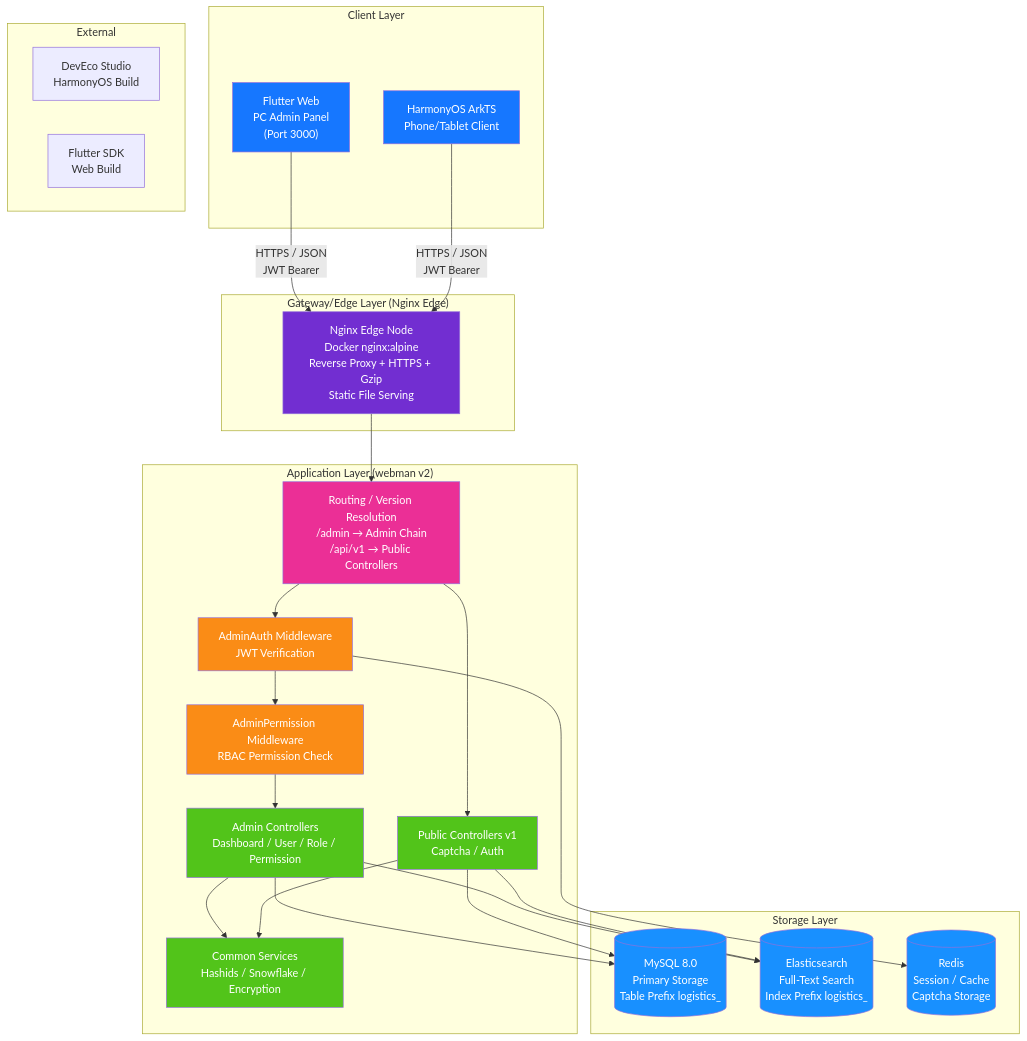
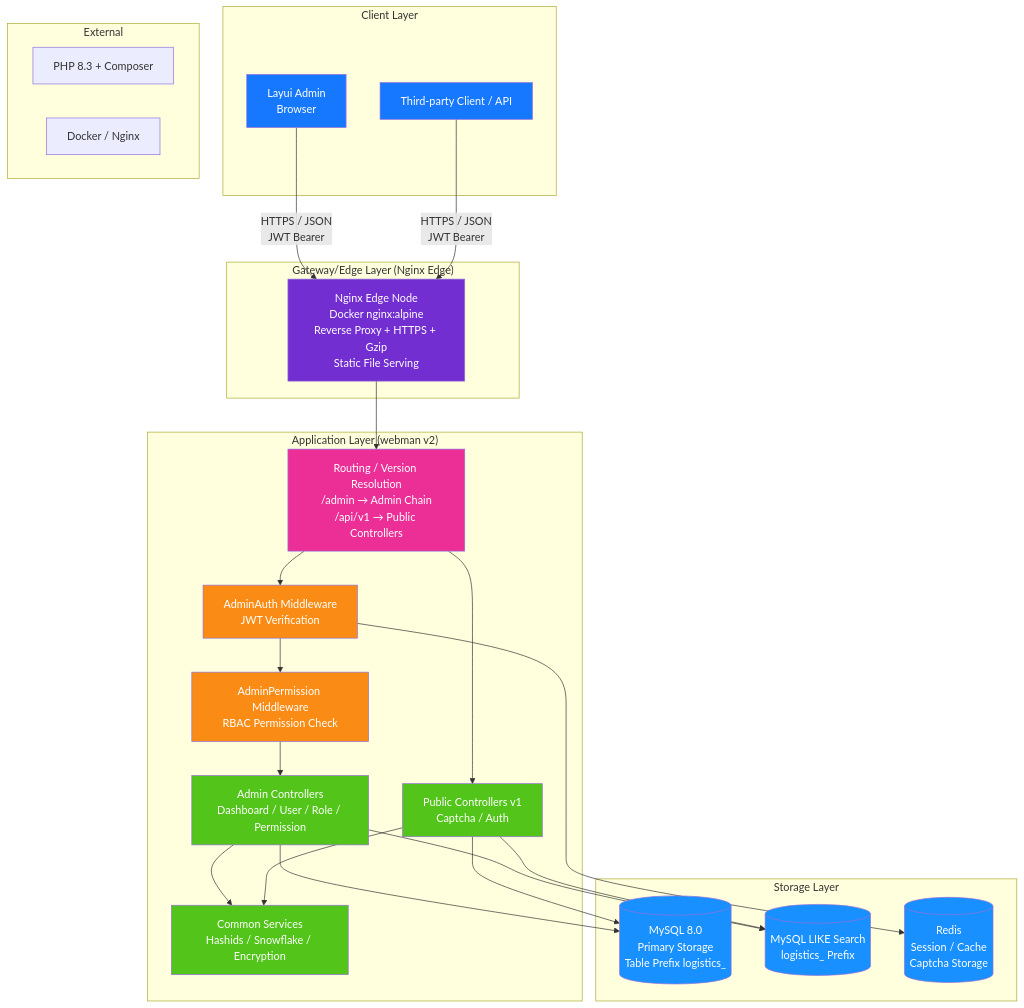
Before and after one commit to erikwang2013/integrated-global-logistics: the first of 12 diagrams in admin/docs/ARCHITECTURE.en.md, drawn with Mermaid. The commit also changed other lines of this file and 361 other files, not shown here.

Commit message:
文档：仅保留中英文 README，清理已移除功能与过时图片

````diff
--- a/admin/docs/ARCHITECTURE.en.md
+++ b/admin/docs/ARCHITECTURE.en.md
@@ -13,59 +13,59 @@
 ```mermaid
 flowchart TB
     subgraph "Client Layer"
-        A1["Flutter Web<br/>PC Admin Panel<br/>(Port 3000)"]
-        A2["HarmonyOS ArkTS<br/>Phone/Tablet Client"]
+        A1["Layui Admin<br/>Browser"]
+        A2["Third-party Client / API"]
     end
 
     subgraph "Gateway/Edge Layer (Nginx Edge)"
         B1["Nginx Edge Node<br/>Docker nginx:alpine<br/>Reverse Proxy + HTTPS + Gzip<br/>Static File Serving"]
     end
 
     subgraph "Application Layer (webman v2)"
         C0["Routing / Version Resolution<br/>/admin → Admin Chain<br/>/api/v1 → Public Controllers"]
         C1["AdminAuth Middleware<br/>JWT Verification"]
         C2["AdminPermission Middleware<br/>RBAC Permission Check"]
         C3["Admin Controllers<br/>Dashboard / User / Role / Permission"]
         C4["Public Controllers v1<br/>Captcha / Auth"]
         C5["Common Services<br/>Hashids / Snowflake / Encryption"]
     end
 
     subgraph "Storage Layer"
         D1[("MySQL 8.0<br/>Primary Storage<br/>Table Prefix logistics_")]
-        D2[("Elasticsearch<br/>Full-Text Search<br/>Index Prefix logistics_")]
+        D2[("MySQL LIKE Search<br/>logistics_ Prefix")]
         D3[("Redis<br/>Session / Cache<br/>Captcha Storage")]
     end
 
     subgraph "External"
-        E1["DevEco Studio<br/>HarmonyOS Build"]
-        E2["Flutter SDK<br/>Web Build"]
+        E1["PHP 8.3 + Composer"]
+        E2["Docker / Nginx"]
     end
 
     A1 -->|"HTTPS / JSON<br/>JWT Bearer"| B1
     A2 -->|"HTTPS / JSON<br/>JWT Bearer"| B1
     B1 --> C0
     C0 --> C1
     C1 --> C2
     C2 --> C3
     C0 --> C4
     C3 --> C5
     C4 --> C5
     C3 --> D1
     C4 --> D1
     C3 --> D2
     C4 --> D2
     C1 --> D3
 
     style A1 fill:#1677FF,color:#fff
     style A2 fill:#1677FF,color:#fff
     style B1 fill:#722ED1,color:#fff
     style C0 fill:#EB2F96,color:#fff
     style C1 fill:#FA8C16,color:#fff
     style C2 fill:#FA8C16,color:#fff
     style C3 fill:#52C41A,color:#fff
     style C4 fill:#52C41A,color:#fff
     style C5 fill:#52C41A,color:#fff
     style D1 fill:#1890FF,color:#fff
     style D2 fill:#1890FF,color:#fff
     style D3 fill:#1890FF,color:#fff
 ```
````
